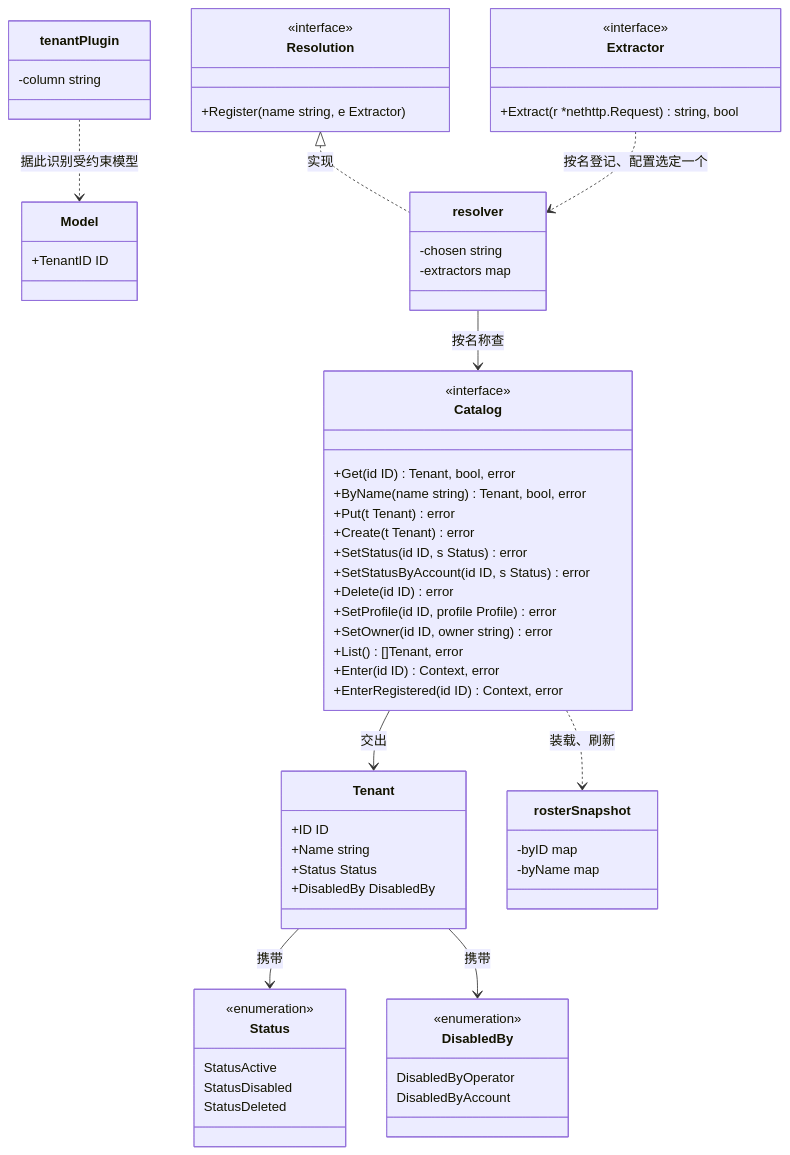
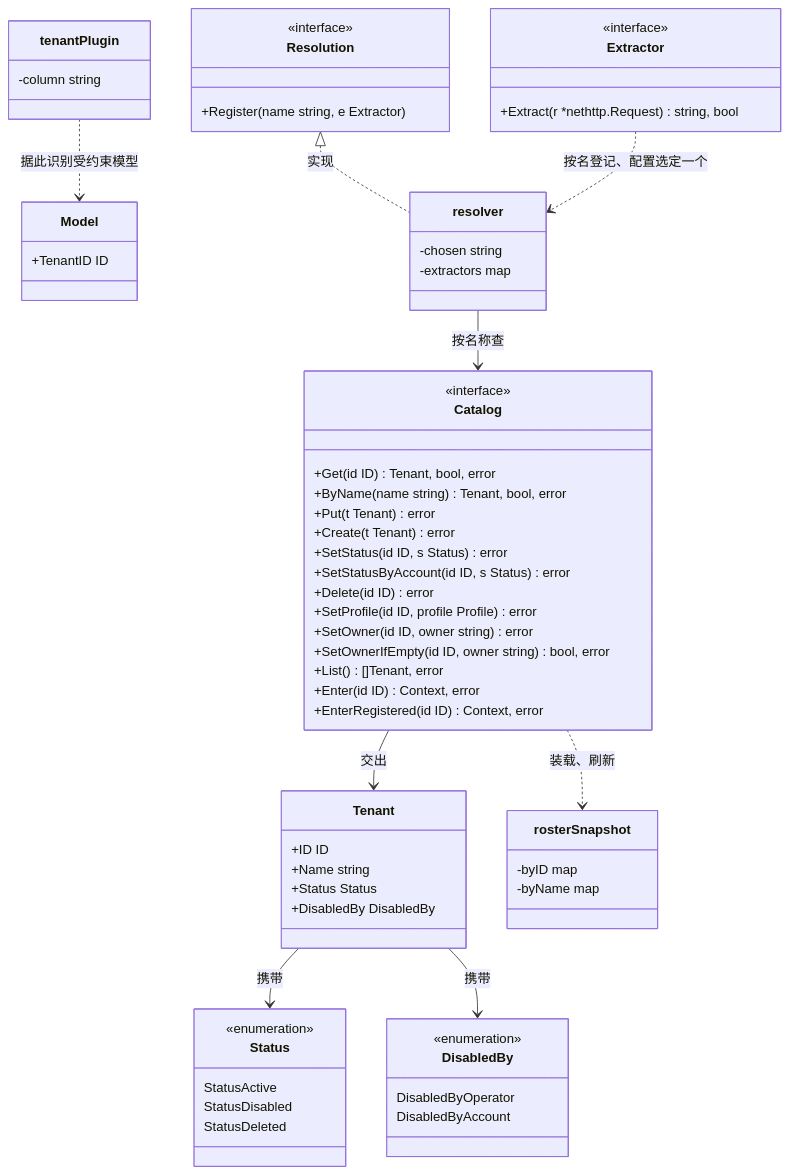
One commit to wangzw/speed changed the first of 5 diagrams in docs/design/modules/tenant/design-tenant.md. Above: the diagram before and after it, drawn with Mermaid. The commit also changed other lines of this file and 36 other files, not shown here.

````diff
--- a/docs/design/modules/tenant/design-tenant.md
+++ b/docs/design/modules/tenant/design-tenant.md
@@ -509,65 +514,66 @@
 ```mermaid
 classDiagram
     class Resolution {
         <<interface>>
         +Register(name string, e Extractor)
     }
     class Catalog {
         <<interface>>
         +Get(id ID) Tenant, bool, error
         +ByName(name string) Tenant, bool, error
         +Put(t Tenant) error
         +Create(t Tenant) error
         +SetStatus(id ID, s Status) error
         +SetStatusByAccount(id ID, s Status) error
         +Delete(id ID) error
         +SetProfile(id ID, profile Profile) error
         +SetOwner(id ID, owner string) error
+        +SetOwnerIfEmpty(id ID, owner string) bool, error
         +List() []Tenant, error
         +Enter(id ID) Context, error
         +EnterRegistered(id ID) Context, error
     }
     class Extractor {
         <<interface>>
         +Extract(r *nethttp.Request) string, bool
     }
     class Tenant {
         +ID ID
         +Name string
         +Status Status
         +DisabledBy DisabledBy
     }
     class Status {
         <<enumeration>>
         StatusActive
         StatusDisabled
         StatusDeleted
     }
     class DisabledBy {
         <<enumeration>>
         DisabledByOperator
         DisabledByAccount
     }
     class Model {
         +TenantID ID
     }
     class rosterSnapshot {
         -byID map
         -byName map
     }
     class resolver {
         -chosen string
         -extractors map
     }
     class tenantPlugin {
         -column string
     }
     Resolution <|.. resolver : 实现
     Extractor ..> resolver : 按名登记、配置选定一个
     resolver --> Catalog : 按名称查
     Catalog --> Tenant : 交出
     Tenant --> Status : 携带
     Tenant --> DisabledBy : 携带
     Catalog ..> rosterSnapshot : 装载、刷新
     tenantPlugin ..> Model : 据此识别受约束模型
 ```
````
